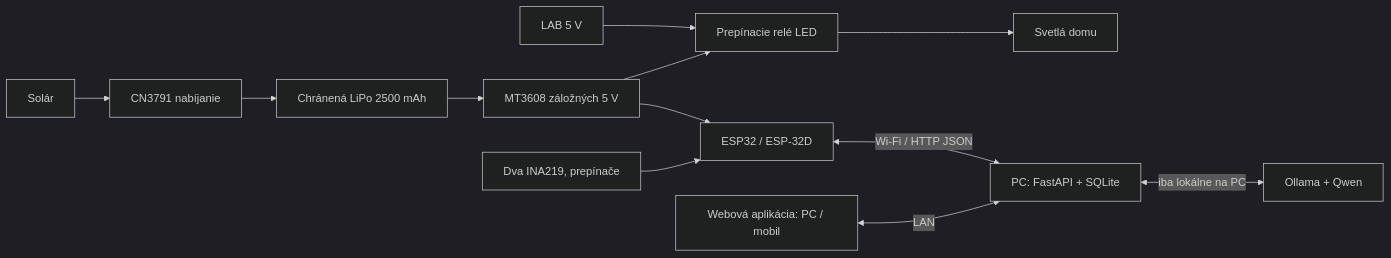
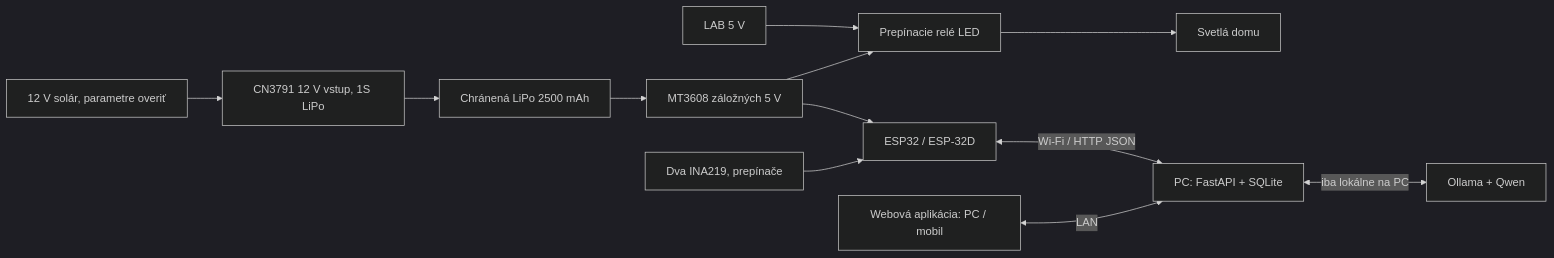
One commit to matejzm2019/SOC changed the diagram in docs/AKO-TO-FUNGUJE.md. Above: the diagram before and after it, drawn with Mermaid (dark theme). The commit also changed other lines of this file and 22 other files, not shown here.

````diff
--- a/docs/AKO-TO-FUNGUJE.md
+++ b/docs/AKO-TO-FUNGUJE.md
@@ -7,14 +7,14 @@
 ```mermaid
 flowchart LR
- P[Solár] --> C[CN3791 nabíjanie]
+ P["12 V solár, parametre overiť"] --> C["CN3791 12 V vstup, 1S LiPo"]
  C --> B[Chránená LiPo 2500 mAh]
  B --> M[MT3608 záložných 5 V]
  L[LAB 5 V] --> R[Prepínacie relé LED]
  M --> R
  R --> LED[Svetlá domu]
  M --> E["ESP32 / ESP-32D"]
  I[Dva INA219, prepínače] --> E
  E <-->|Wi-Fi / HTTP JSON| S[PC: FastAPI + SQLite]
  S <-->|iba lokálne na PC| AI[Ollama + Qwen]
  WEB[Webová aplikácia: PC / mobil] <-->|LAN| S
 ```
````
